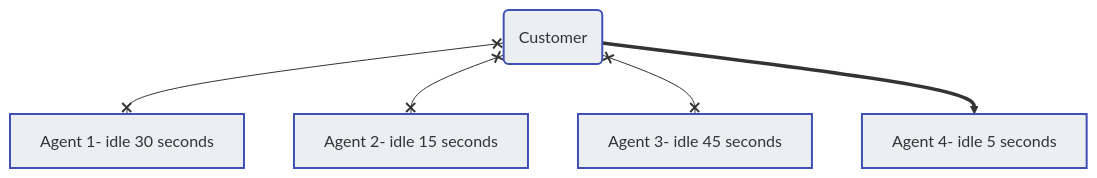
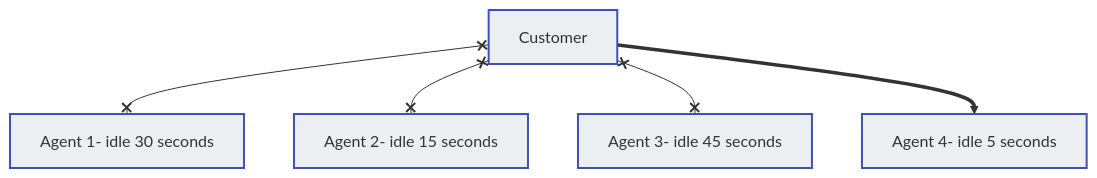
Before and after one commit to connexcs/docs: the third of 3 diagrams in docs/class5/creating-group.md, drawn with Mermaid. The commit also changed other lines of this file, not shown here.

````diff
--- a/docs/class5/creating-group.md
+++ b/docs/class5/creating-group.md
@@ -48,12 +48,12 @@
 ```mermaid
 graph TD
-A(Customer) x--x B[Agent 1- idle 30 seconds]
+A[Customer] x--x B[Agent 1- idle 30 seconds]
 A x--x C[Agent 2- idle 15 seconds]
 A x--x D[Agent 3- idle 45 seconds]
 A ==> E[Agent 4- idle 5 seconds]
 style A fill:#ECEFF1,stroke:#4051b5,stroke-width:2px
 style B fill:#ECEFF1,stroke:#4051b5,stroke-width:2px
 style C fill:#ECEFF1,stroke:#4051b5,stroke-width:2px
 style D fill:#ECEFF1,stroke:#4051b5,stroke-width:2px
 style E fill:#ECEFF1,stroke:#4051b5,stroke-width:2px
 ```
````
